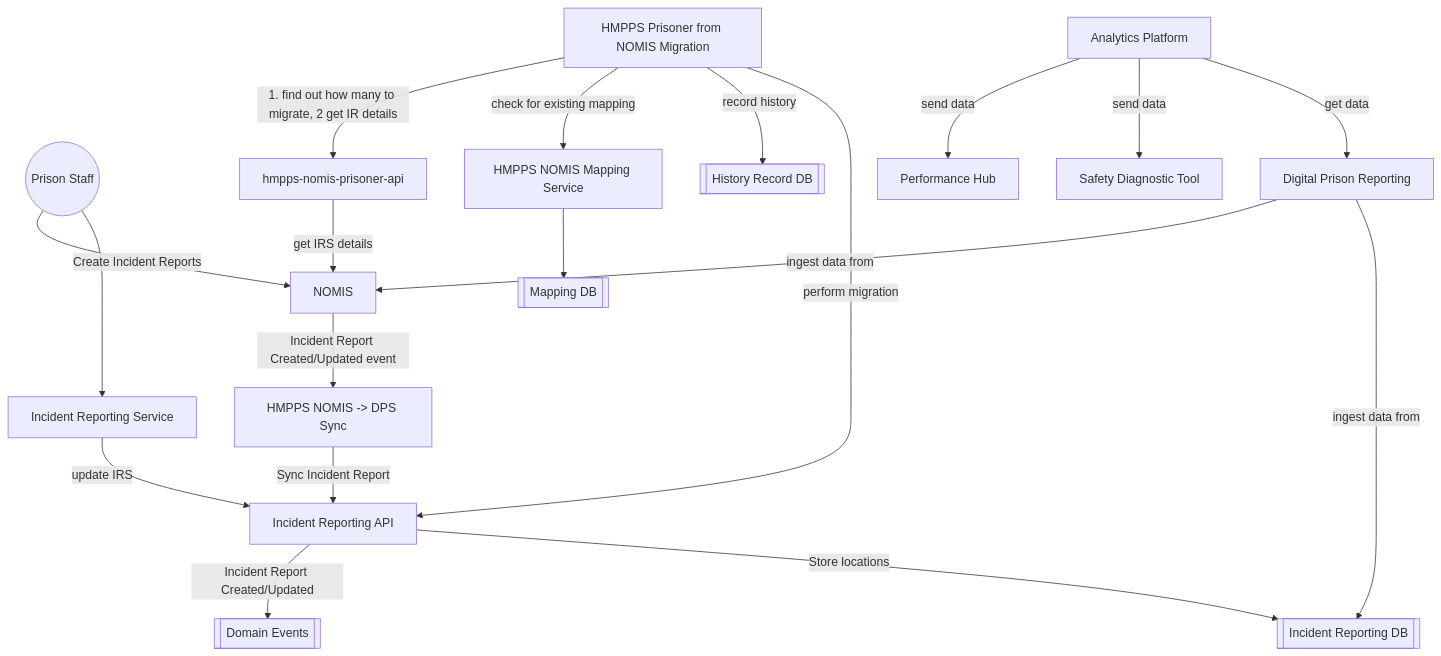
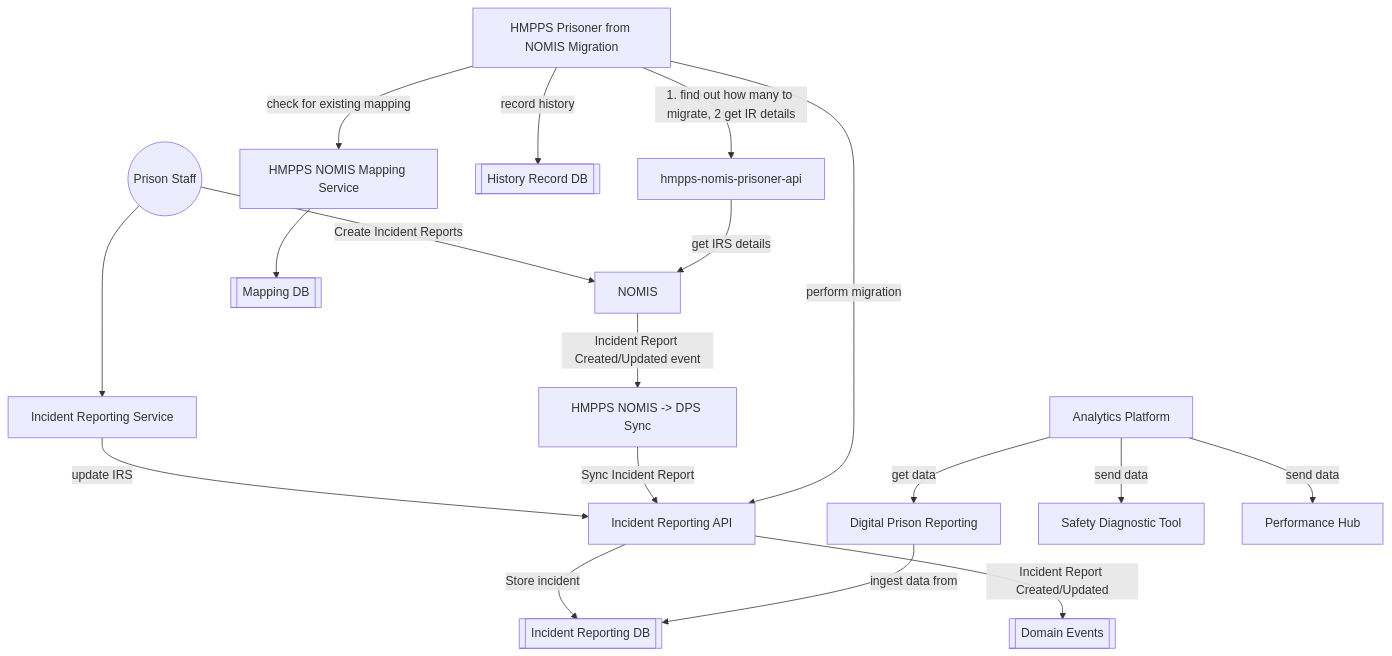
One commit to ministryofjustice/hmpps-incident-reporting-api changed the diagram in docs/0003-migration.md. Above: the diagram before and after it, drawn with Mermaid. The commit also changed other lines of this file and 31 other files, not shown here.

````diff
--- a/docs/0003-migration.md
+++ b/docs/0003-migration.md
@@ -59,23 +59,22 @@
 ```mermaid
     
 graph TB
     X((Prison Staff)) --> IRS
     IRS[Incident Reporting Service] -- update IRS --> IRSAPI
-    IRSAPI[Incident Reporting API] -- Store locations --> IRSDB[[Incident Reporting DB]]
+    IRSAPI[Incident Reporting API] -- Store incident --> IRSDB[[Incident Reporting DB]]
     IRSAPI -- Incident Report Created/Updated --> DOM_EVT[[Domain Events]]
     X -- Create Incident Reports --> NOMIS[NOMIS]
     NOMIS -- Incident Report Created/Updated event--> E[HMPPS NOMIS -> DPS Sync]
     E -- Sync Incident Report --> IRSAPI
     F[hmpps-nomis-prisoner-api] -- get IRS details --> NOMIS
     R[HMPPS Prisoner from NOMIS Migration] -- perform migration --> IRSAPI
     R -- record history --> H[[History Record DB]]
     K[HMPPS NOMIS Mapping Service] --> Q[[Mapping DB]]
     R -- check for existing mapping --> K
     R -- 1. find out how many to migrate, 2 get IR details --> F
     AP[Analytics Platform] -- get data --> DPR[Digital Prison Reporting]
     AP -- send data --> SDT[Safety Diagnostic Tool]
     AP -- send data --> PH[Performance Hub]
     DPR -- ingest data from --> IRSDB
-    DPR -- ingest data from --> NOMIS
     
 ```
````
